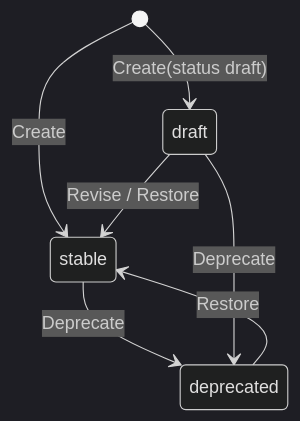
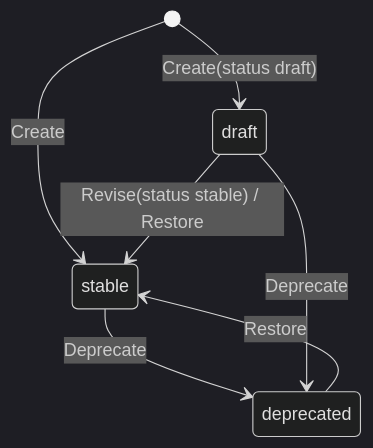
Before and after one commit to Aeryx-ai/memory: the second of 4 diagrams in docs/specs/memory-domain-model.md, drawn with Mermaid (dark theme). The commit also changed other lines of this file, not shown here.

Commit message:
docs: pin revise status rule and creation states in the domain model

````diff
--- a/docs/specs/memory-domain-model.md
+++ b/docs/specs/memory-domain-model.md
@@ -114,9 +114,9 @@
 ```mermaid
 stateDiagram-v2
     [*] --> draft: Create(status draft)
     [*] --> stable: Create
-    draft --> stable: Revise / Restore
+    draft --> stable: Revise(status stable) / Restore
     stable --> deprecated: Deprecate
     draft --> deprecated: Deprecate
     deprecated --> stable: Restore
 ```
````
